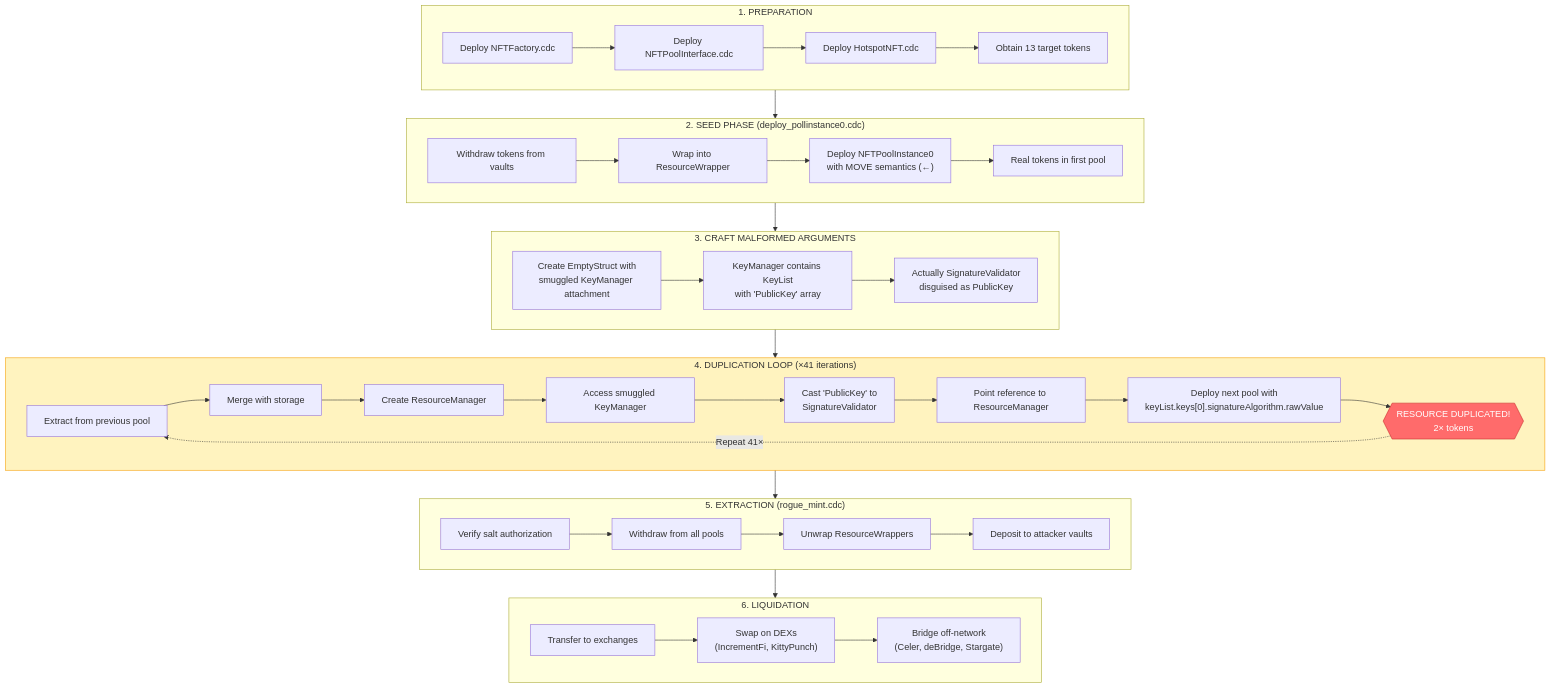
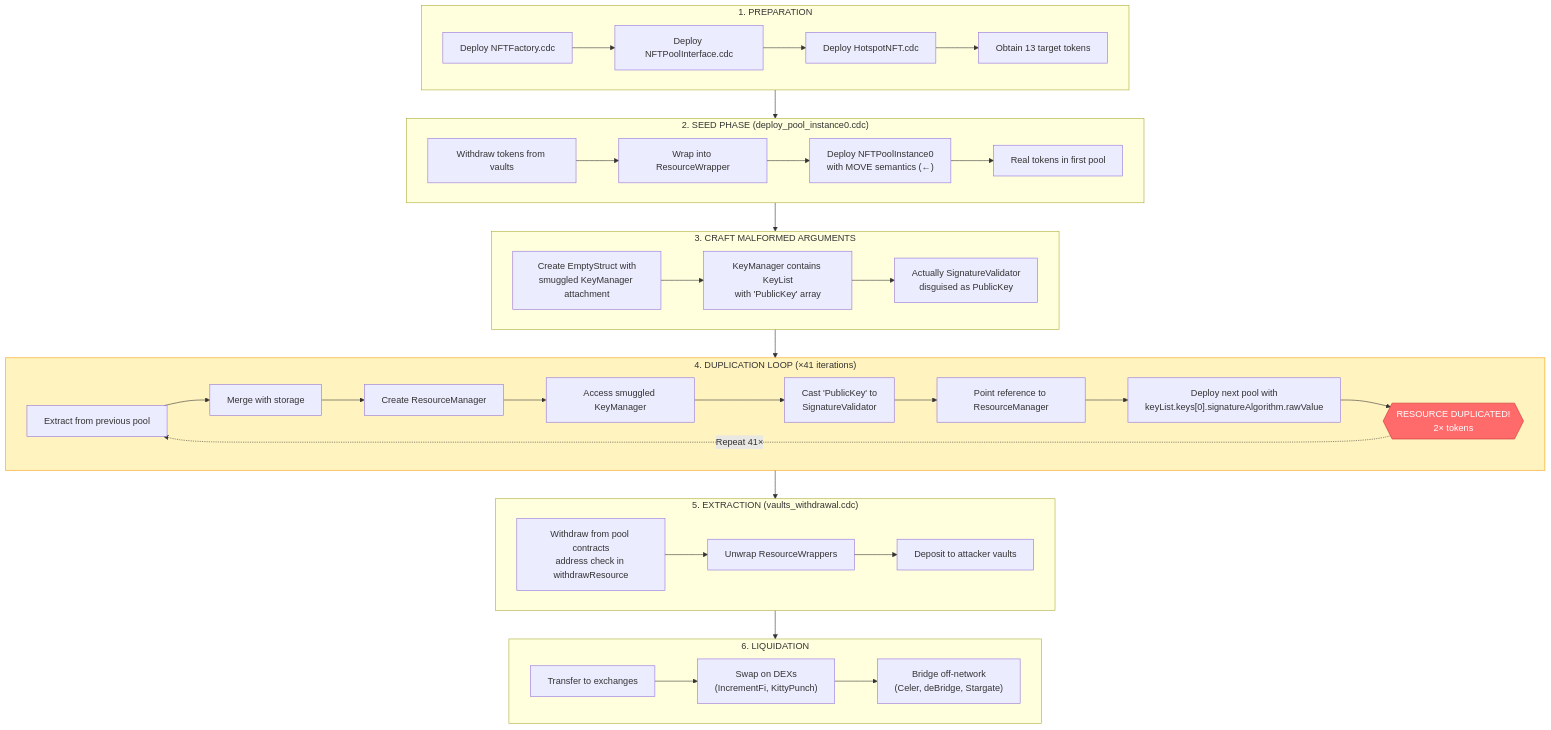
The first of 7 diagrams in diagram.md (contract-hero/flow-hack), drawn with Mermaid before and after one commit. The commit also changed 8 other files, not shown here.

````diff
--- a/diagram.md
+++ b/diagram.md
@@ -7,58 +7,57 @@
 ```mermaid
 flowchart TB
     subgraph PREP["1. PREPARATION"]
         P1[Deploy NFTFactory.cdc]
         P2[Deploy NFTPoolInterface.cdc]
         P3[Deploy HotspotNFT.cdc]
         P4[Obtain 13 target tokens]
         P1 --> P2 --> P3 --> P4
     end
 
-    subgraph SEED["2. SEED PHASE (deploy_pollinstance0.cdc)"]
+    subgraph SEED["2. SEED PHASE (deploy_pool_instance0.cdc)"]
         S1[Withdraw tokens from vaults]
         S2[Wrap into ResourceWrapper]
         S3["Deploy NFTPoolInstance0<br/>with MOVE semantics (←)"]
         S4[Real tokens in first pool]
         S1 --> S2 --> S3 --> S4
     end
 
     subgraph CRAFT["3. CRAFT MALFORMED ARGUMENTS"]
         C1["Create EmptyStruct with<br/>smuggled KeyManager attachment"]
         C2["KeyManager contains KeyList<br/>with 'PublicKey' array"]
         C3["Actually SignatureValidator<br/>disguised as PublicKey"]
         C1 --> C2 --> C3
     end
 
     subgraph LOOP["4. DUPLICATION LOOP (×41 iterations)"]
         L1[Extract from previous pool]
         L2[Merge with storage]
         L3[Create ResourceManager]
         L4[Access smuggled KeyManager]
         L5["Cast 'PublicKey' to<br/>SignatureValidator"]
         L6[Point reference to ResourceManager]
         L7["Deploy next pool with<br/>keyList.keys[0].signatureAlgorithm.rawValue"]
         L8{{"RESOURCE DUPLICATED!<br/>2× tokens"}}
         L1 --> L2 --> L3 --> L4 --> L5 --> L6 --> L7 --> L8
         L8 -.->|"Repeat 41×"| L1
     end
 
-    subgraph EXTRACT["5. EXTRACTION (rogue_mint.cdc)"]
-        E1[Verify salt authorization]
-        E2[Withdraw from all pools]
-        E3[Unwrap ResourceWrappers]
-        E4[Deposit to attacker vaults]
-        E1 --> E2 --> E3 --> E4
+    subgraph EXTRACT["5. EXTRACTION (vaults_withdrawal.cdc)"]
+        E1[Withdraw from pool contracts<br/>address check in withdrawResource]
+        E2[Unwrap ResourceWrappers]
+        E3[Deposit to attacker vaults]
+        E1 --> E2 --> E3
     end
 
     subgraph LIQUID["6. LIQUIDATION"]
         X1[Transfer to exchanges]
         X2["Swap on DEXs<br/>(IncrementFi, KittyPunch)"]
         X3["Bridge off-network<br/>(Celer, deBridge, Stargate)"]
         X1 --> X2 --> X3
     end
 
     PREP --> SEED --> CRAFT --> LOOP --> EXTRACT --> LIQUID
 
     style L8 fill:#ff6b6b,stroke:#c92a2a,color:#fff
     style LOOP fill:#fff3bf,stroke:#f59f00
 ```
````
